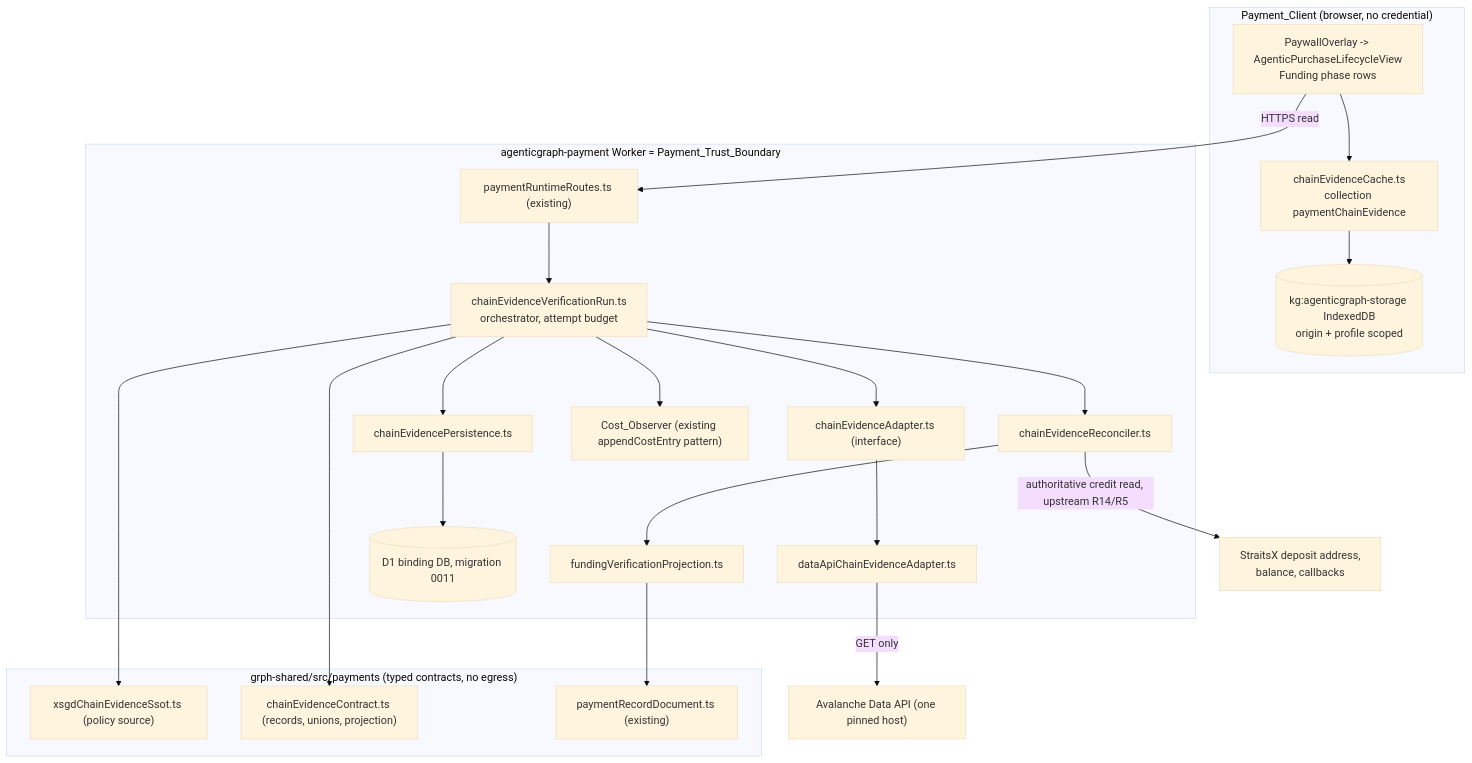
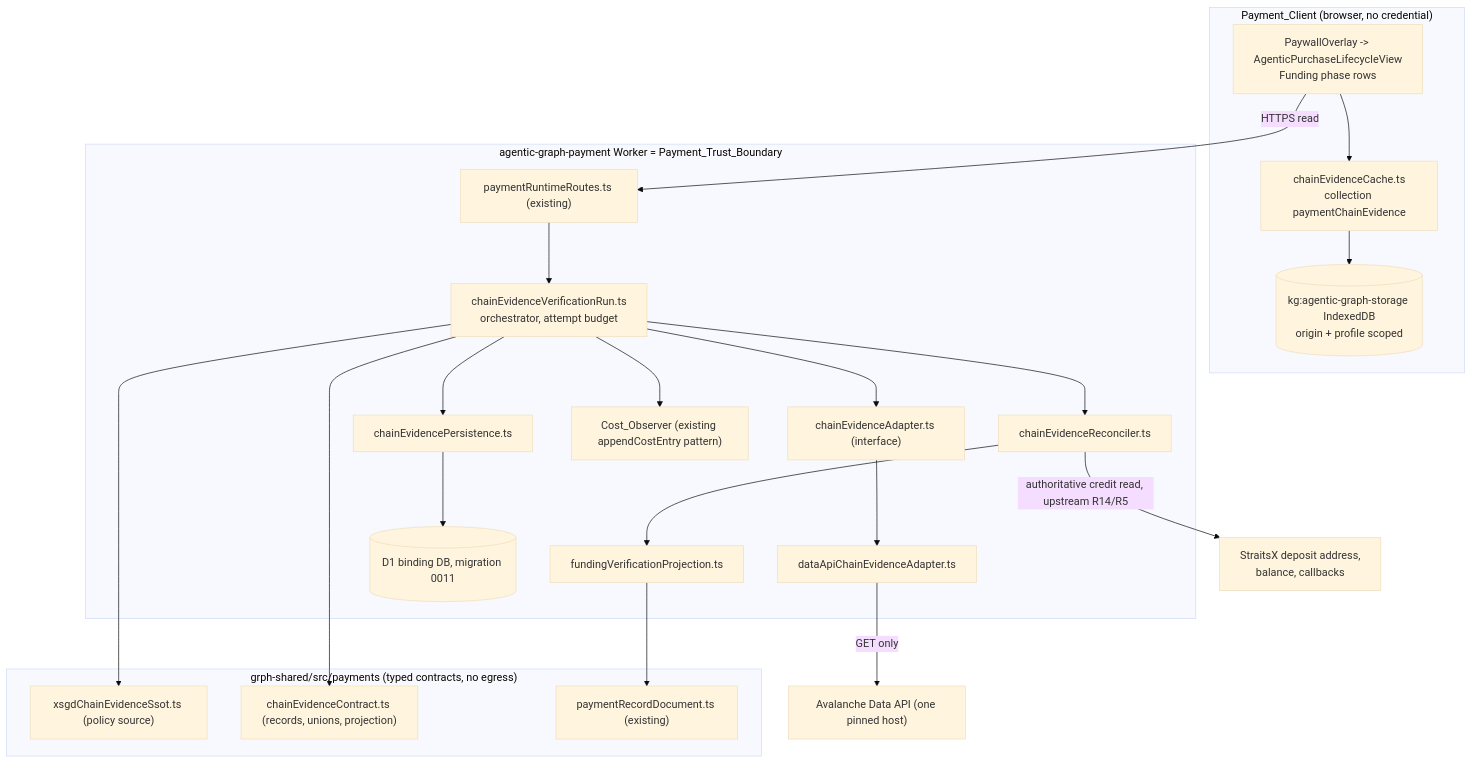
The first of 3 diagrams in .kiro/specs/xsgd-onchain-verification/design.md (huijoohwee/agentic-graph), drawn with Mermaid (base theme) before and after one commit. The commit also changed other lines of this file and 2897 other files, not shown here.

First line of the commit message:
refactor(identity): migrate product namespace to agentic-graph (#900)

````diff
--- a/.kiro/specs/xsgd-onchain-verification/design.md
+++ b/.kiro/specs/xsgd-onchain-verification/design.md
@@ -78,32 +78,32 @@
 ```mermaid
 flowchart TB
   subgraph Client["Payment_Client (browser, no credential)"]
     PW["PaywallOverlay -> AgenticPurchaseLifecycleView<br/>Funding phase rows"]
     EC["chainEvidenceCache.ts<br/>collection paymentChainEvidence"]
-    DB0[("kg:agenticgraph-storage IndexedDB<br/>origin + profile scoped")]
+    DB0[("kg:agentic-graph-storage IndexedDB<br/>origin + profile scoped")]
     PW --> EC --> DB0
   end
   subgraph Shared["grph-shared/src/payments (typed contracts, no egress)"]
     SSOT["xsgdChainEvidenceSsot.ts (policy source)"]
     CEC["chainEvidenceContract.ts (records, unions, projection)"]
     REC["paymentRecordDocument.ts (existing)"]
   end
-  subgraph Worker["agenticgraph-payment Worker = Payment_Trust_Boundary"]
+  subgraph Worker["agentic-graph-payment Worker = Payment_Trust_Boundary"]
     RT["paymentRuntimeRoutes.ts (existing)"]
     VR["chainEvidenceVerificationRun.ts<br/>orchestrator, attempt budget"]
     AD["chainEvidenceAdapter.ts (interface)"] --> DA["dataApiChainEvidenceAdapter.ts"]
     RC["chainEvidenceReconciler.ts"] --> PJ["fundingVerificationProjection.ts"]
     PS["chainEvidencePersistence.ts"] --> D1[("D1 binding DB, migration 0011")]
     CO["Cost_Observer (existing appendCostEntry pattern)"]
     RT --> VR --> AD
     VR --> RC
     VR --> CO
     VR --> PS
   end
   PW -- "HTTPS read" --> RT
   DA -- "GET only" --> EXT["Avalanche Data API (one pinned host)"]
   RC -- "authoritative credit read, upstream R14/R5" --> PROV["StraitsX deposit address,<br/>balance, callbacks"]
   VR --> SSOT
   VR --> CEC
   PJ --> REC
 ```
````
